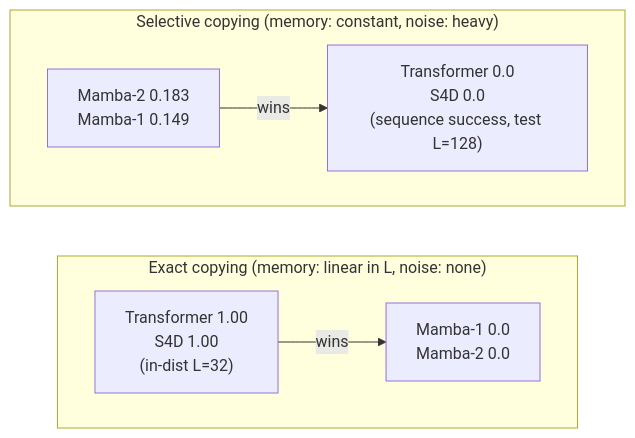
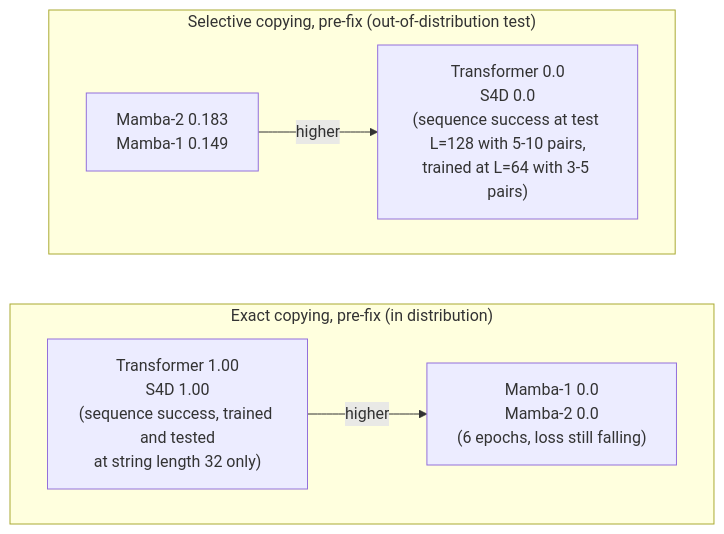
The second of 2 diagrams in README.md (vaibhav3000/s4-to-mamba), drawn with Mermaid before and after one commit. The commit also changed other lines of this file, not shown here.

````diff
--- a/README.md
+++ b/README.md
@@ -114,12 +201,12 @@
 ```mermaid
 flowchart TB
-    subgraph SC["Selective copying (memory: constant, noise: heavy)"]
+    subgraph SC["Selective copying, pre-fix (out-of-distribution test)"]
         direction LR
-        A1["Mamba-2 0.183<br/>Mamba-1 0.149"] -->|"wins"| A2["Transformer 0.0<br/>S4D 0.0<br/>(sequence success, test L=128)"]
+        A1["Mamba-2 0.183<br/>Mamba-1 0.149"] -->|"higher"| A2["Transformer 0.0<br/>S4D 0.0<br/>(sequence success at test L=128 with 5-10 pairs,<br/>trained at L=64 with 3-5 pairs)"]
     end
-    subgraph EC["Exact copying (memory: linear in L, noise: none)"]
+    subgraph EC["Exact copying, pre-fix (in distribution)"]
         direction LR
-        B1["Transformer 1.00<br/>S4D 1.00<br/>(in-dist L=32)"] -->|"wins"| B2["Mamba-1 0.0<br/>Mamba-2 0.0"]
+        B1["Transformer 1.00<br/>S4D 1.00<br/>(sequence success, trained and tested<br/>at string length 32 only)"] -->|"higher"| B2["Mamba-1 0.0<br/>Mamba-2 0.0<br/>(6 epochs, loss still falling)"]
     end
     SC ~~~ EC
 ```
````
